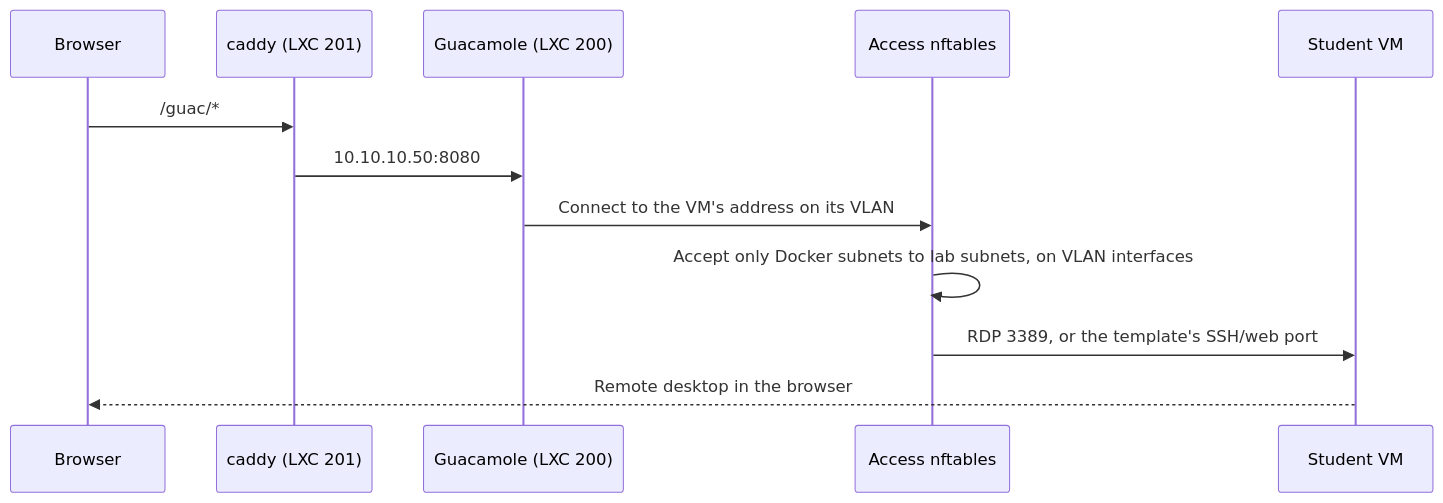
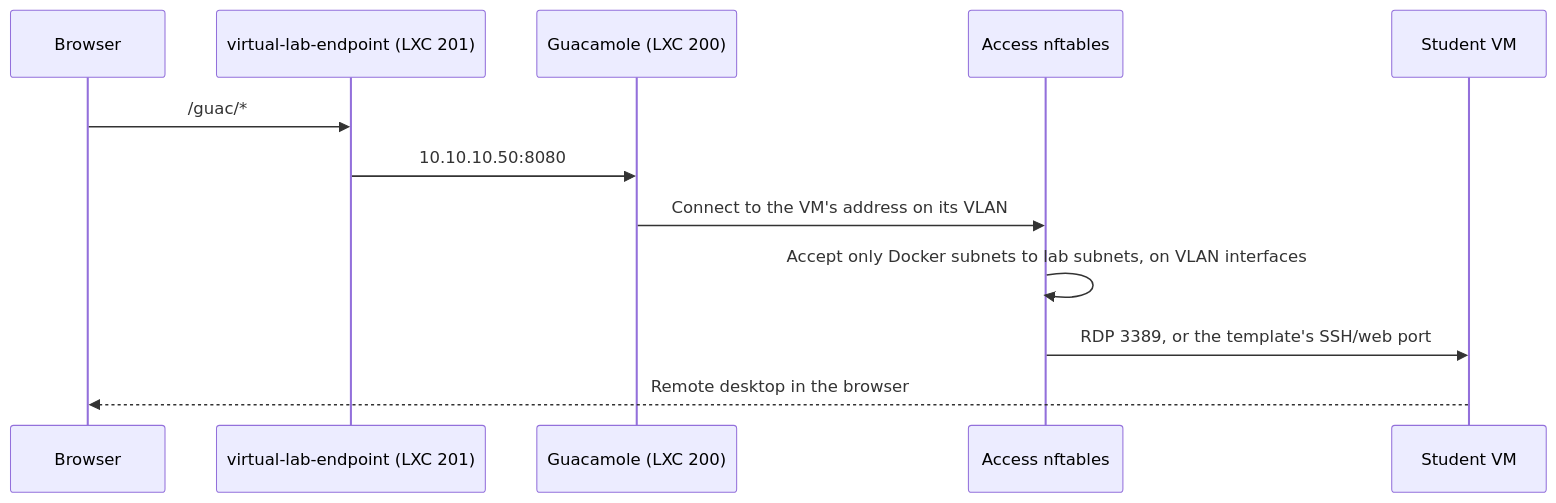
Before and after one commit to kaunofakultetas/virtuallab.knf.vu.lt: the fourth of 5 diagrams in docs/content/architecture/infrastructure.md, drawn with Mermaid. The commit also changed other lines of this file and 69 other files, not shown here.

````diff
--- a/docs/content/architecture/infrastructure.md
+++ b/docs/content/architecture/infrastructure.md
@@ -148,14 +153,14 @@
 ```mermaid
 sequenceDiagram
     participant B as Browser
-    participant C as caddy (LXC 201)
+    participant C as virtual-lab-endpoint (LXC 201)
     participant G as Guacamole (LXC 200)
     participant N as Access nftables
     participant V as Student VM
     B->>C: /guac/*
     C->>G: 10.10.10.50:8080
     G->>N: Connect to the VM's address on its VLAN
     N->>N: Accept only Docker subnets to lab subnets, on VLAN interfaces
     N->>V: RDP 3389, or the template's SSH/web port
     V-->>B: Remote desktop in the browser
 ```
````
